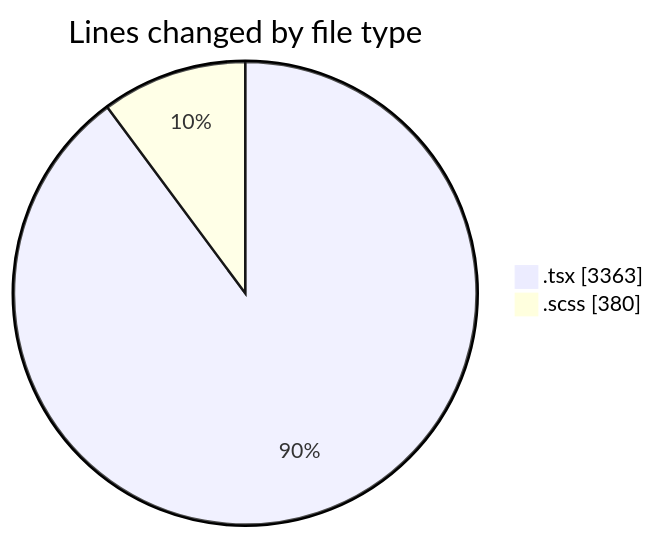
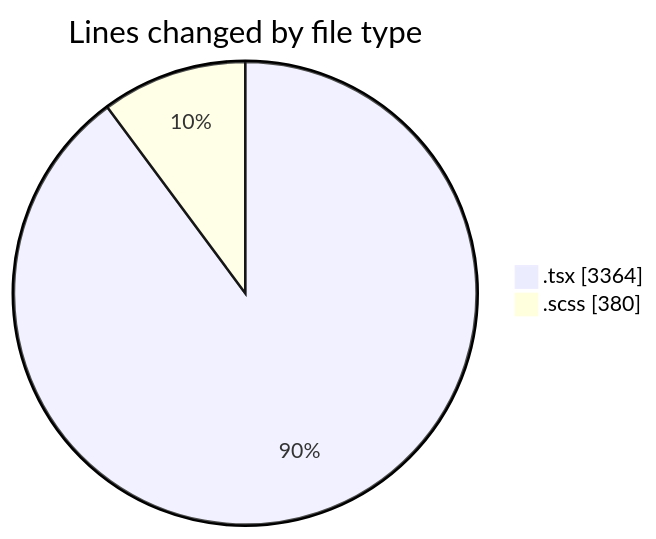
One commit to momahboobian/code-tracking changed the first of 2 diagrams in 2025-09-30/cda/README.md. Above: the diagram before and after it, drawn with Mermaid. The commit also changed other lines of this file and 1 other file, not shown here.

````diff
--- a/2025-09-30/cda/README.md
+++ b/2025-09-30/cda/README.md
@@ -25,6 +25,6 @@
 ```mermaid
 pie showData
 title Lines changed by file type
-".tsx" : 3363
+".tsx" : 3364
 ".scss" : 380
 ```
````
